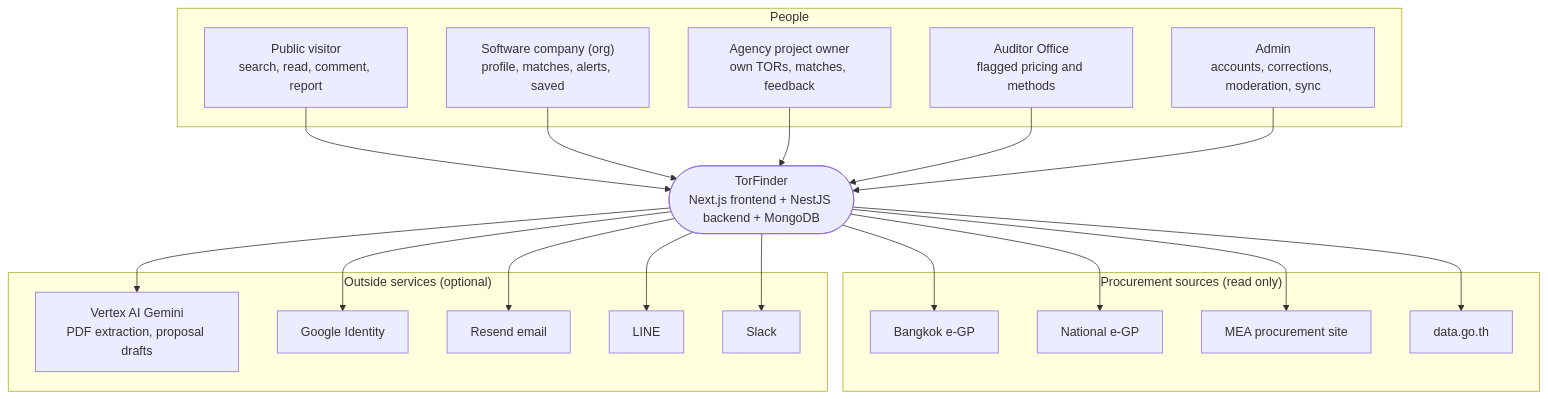
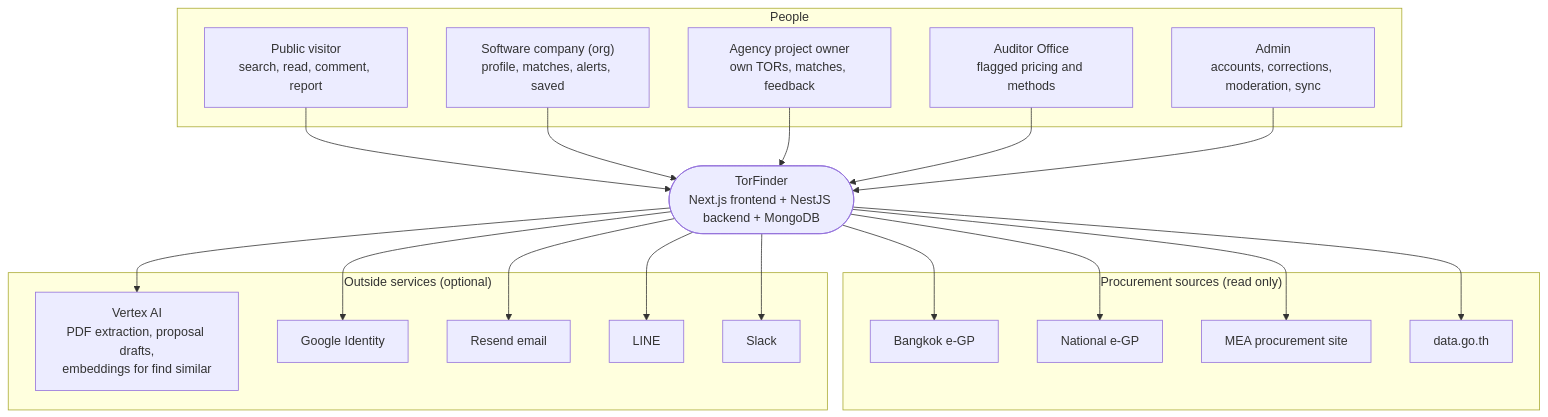
One commit to PhomMaiWai/TorFinder changed the first of 2 diagrams in docs/architecture.md. Above: the diagram before and after it, drawn with Mermaid. The commit also changed other lines of this file and 1 other file, not shown here.

Commit message:
docs: add find similar TORs to the architecture overview

````diff
--- a/docs/architecture.md
+++ b/docs/architecture.md
@@ -27,32 +27,32 @@
 ```mermaid
 flowchart TB
     subgraph People
         Public["Public visitor<br/>search, read, comment, report"]
         Org["Software company (org)<br/>profile, matches, alerts, saved"]
         Owner["Agency project owner<br/>own TORs, matches, feedback"]
         Auditor["Auditor Office<br/>flagged pricing and methods"]
         Admin["Admin<br/>accounts, corrections, moderation, sync"]
     end
 
     TF(["TorFinder<br/>Next.js frontend + NestJS backend + MongoDB"])
 
     subgraph Sources["Procurement sources (read only)"]
         EGP["Bangkok e-GP"]
         GPROC["National e-GP"]
         MEA["MEA procurement site"]
         DATAGOV["data.go.th"]
     end
 
     subgraph Services["Outside services (optional)"]
-        Vertex["Vertex AI Gemini<br/>PDF extraction, proposal drafts"]
+        Vertex["Vertex AI<br/>PDF extraction, proposal drafts,<br/>embeddings for find similar"]
         Google["Google Identity"]
         Resend["Resend email"]
         Line["LINE"]
         Slack["Slack"]
     end
 
     Public & Org & Owner & Auditor & Admin --> TF
     TF --> EGP & GPROC & MEA & DATAGOV
     TF --> Vertex & Google
     TF --> Resend & Line & Slack
 ```
````
